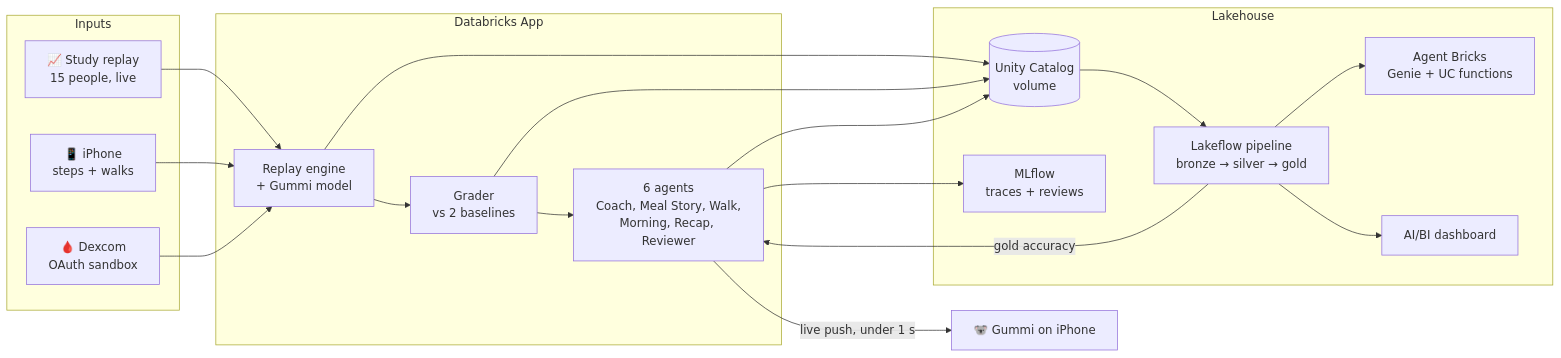
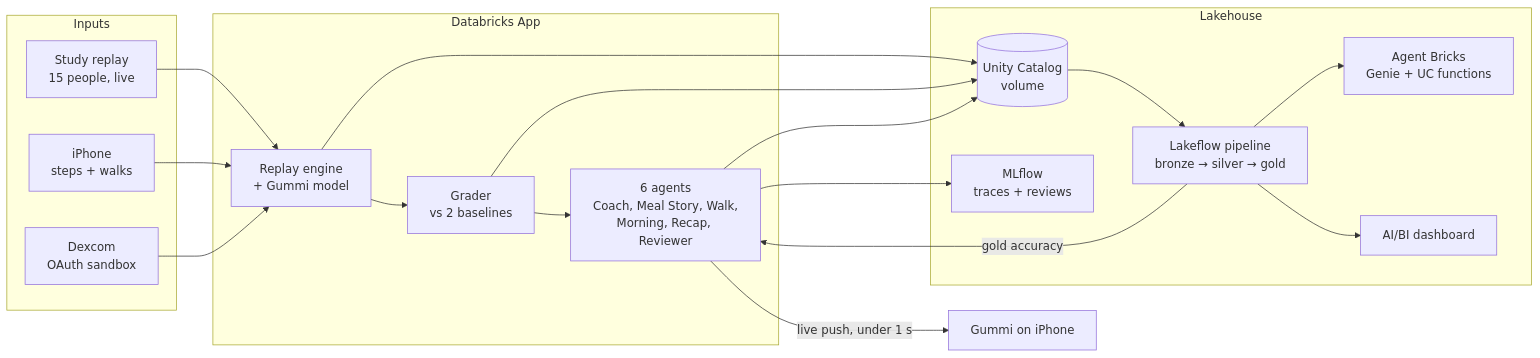
Before and after one commit to THEpranavsomalraju/gummi: the diagram in README.md, drawn with Mermaid. The commit also changed other lines of this file and 1 other file, not shown here.

````diff
--- a/README.md
+++ b/README.md
@@ -37,29 +39,29 @@
 ```mermaid
 flowchart LR
     subgraph IN[" Inputs "]
-        R[📈 Study replay<br/>15 people, live]
-        P[📱 iPhone<br/>steps + walks]
-        D[🩸 Dexcom<br/>OAuth sandbox]
+        R[Study replay<br/>15 people, live]
+        P[iPhone<br/>steps + walks]
+        D[Dexcom<br/>OAuth sandbox]
     end
     subgraph APP[" Databricks App "]
         E[Replay engine<br/>+ Gummi model]
         G[Grader<br/>vs 2 baselines]
         A[6 agents<br/>Coach, Meal Story, Walk,<br/>Morning, Recap, Reviewer]
     end
     subgraph LAKE[" Lakehouse "]
         V[(Unity Catalog<br/>volume)]
         L[Lakeflow pipeline<br/>bronze → silver → gold]
         M[MLflow<br/>traces + reviews]
         I[Agent Bricks<br/>Genie + UC functions]
         B[AI/BI dashboard]
     end
     R --> E
     P --> E
     D --> E
     E --> G --> A
-    A -- "live push, under 1 s" --> PH[🐨 Gummi on iPhone]
+    A -- "live push, under 1 s" --> PH[Gummi on iPhone]
     E & G & A --> V --> L --> B
     L --> I
     A --> M
     L -- gold accuracy --> A
 ```
````
